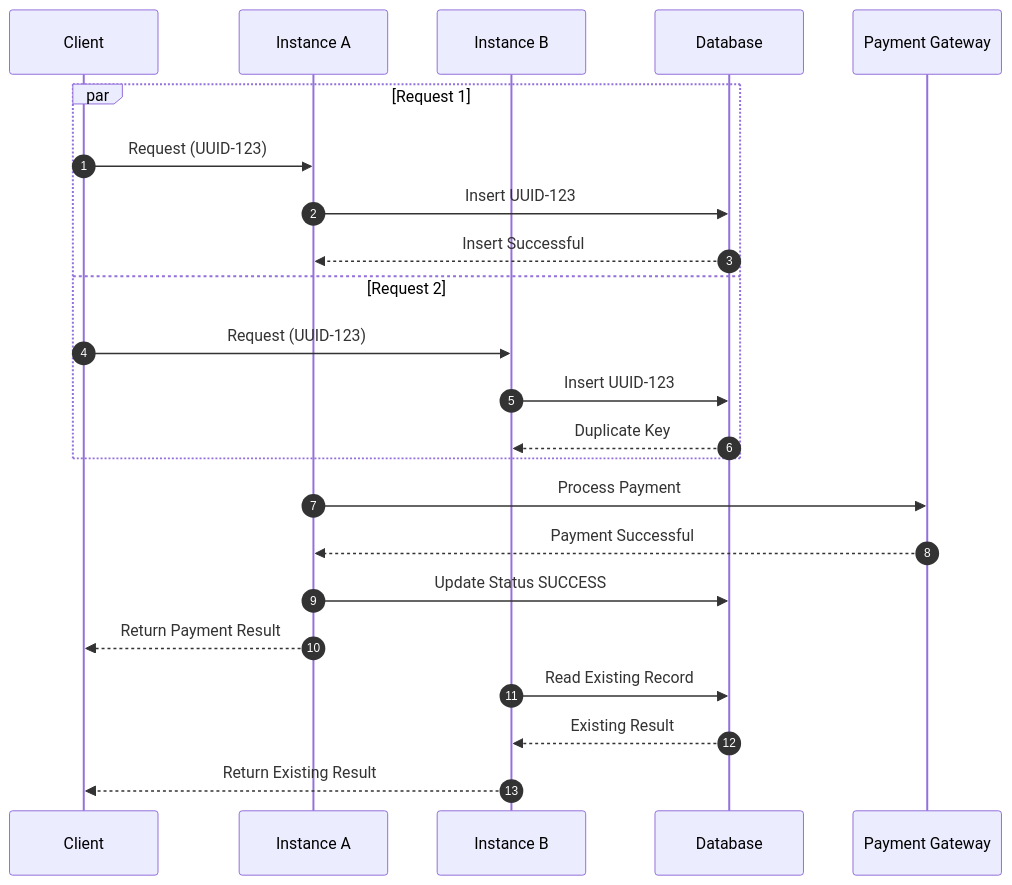
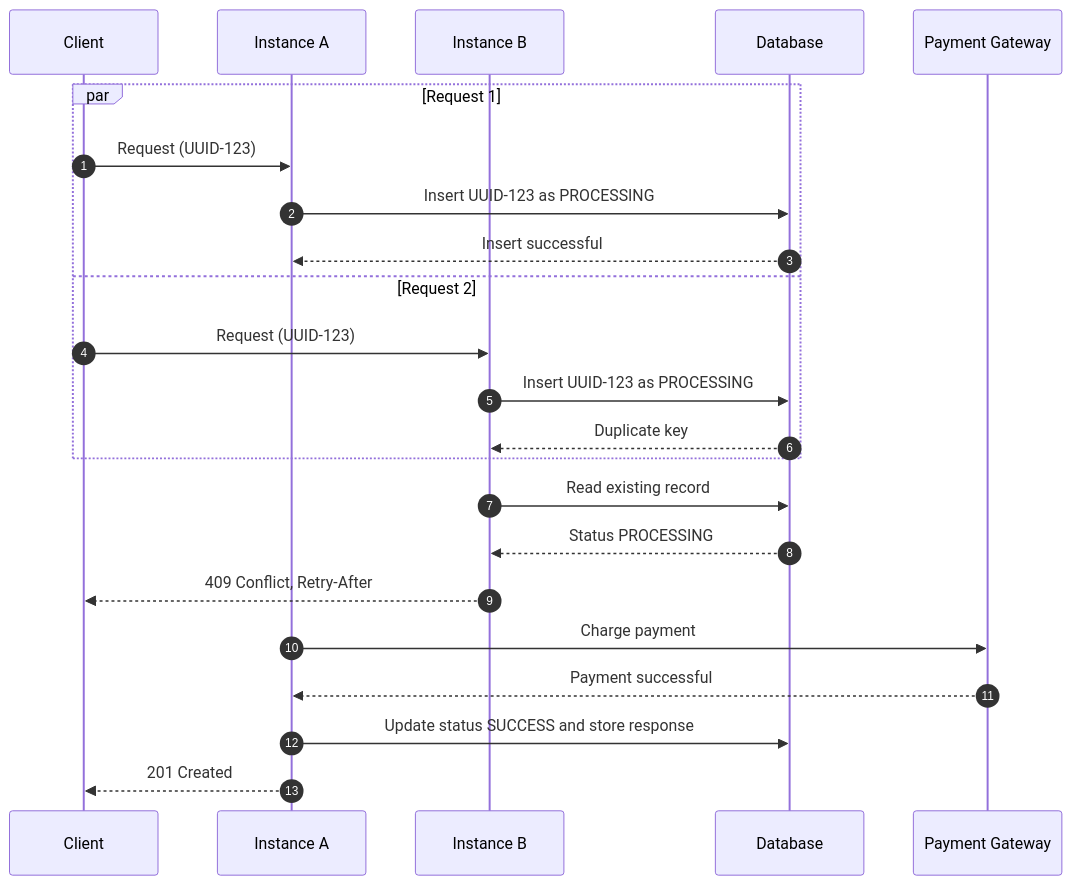
Before and after one commit to Yash-777/CodeTrove: the fifth of 7 diagrams in src/data/topics/api-integration/resilience/idempotency/content.md, drawn with Mermaid. The commit also changed other lines of this file and 1 other file, not shown here.

````diff
--- a/src/data/topics/api-integration/resilience/idempotency/content.md
+++ b/src/data/topics/api-integration/resilience/idempotency/content.md
@@ -430,28 +410,28 @@
 ```mermaid
 sequenceDiagram
     autonumber
     participant C as Client
     participant A as Instance A
     participant B as Instance B
     participant DB as Database
     participant PG as Payment Gateway
 
     par Request 1
         C->>A: Request (UUID-123)
-        A->>DB: Insert UUID-123
-        DB-->>A: Insert Successful
+        A->>DB: Insert UUID-123 as PROCESSING
+        DB-->>A: Insert successful
     and Request 2
         C->>B: Request (UUID-123)
-        B->>DB: Insert UUID-123
-        DB-->>B: Duplicate Key
+        B->>DB: Insert UUID-123 as PROCESSING
+        DB-->>B: Duplicate key
     end
 
-    A->>PG: Process Payment
-    PG-->>A: Payment Successful
-    A->>DB: Update Status SUCCESS
-    A-->>C: Return Payment Result
+    B->>DB: Read existing record
+    DB-->>B: Status PROCESSING
+    B-->>C: 409 Conflict, Retry-After
 
-    B->>DB: Read Existing Record
-    DB-->>B: Existing Result
-    B-->>C: Return Existing Result
+    A->>PG: Charge payment
+    PG-->>A: Payment successful
+    A->>DB: Update status SUCCESS and store response
+    A-->>C: 201 Created
 ```
````
